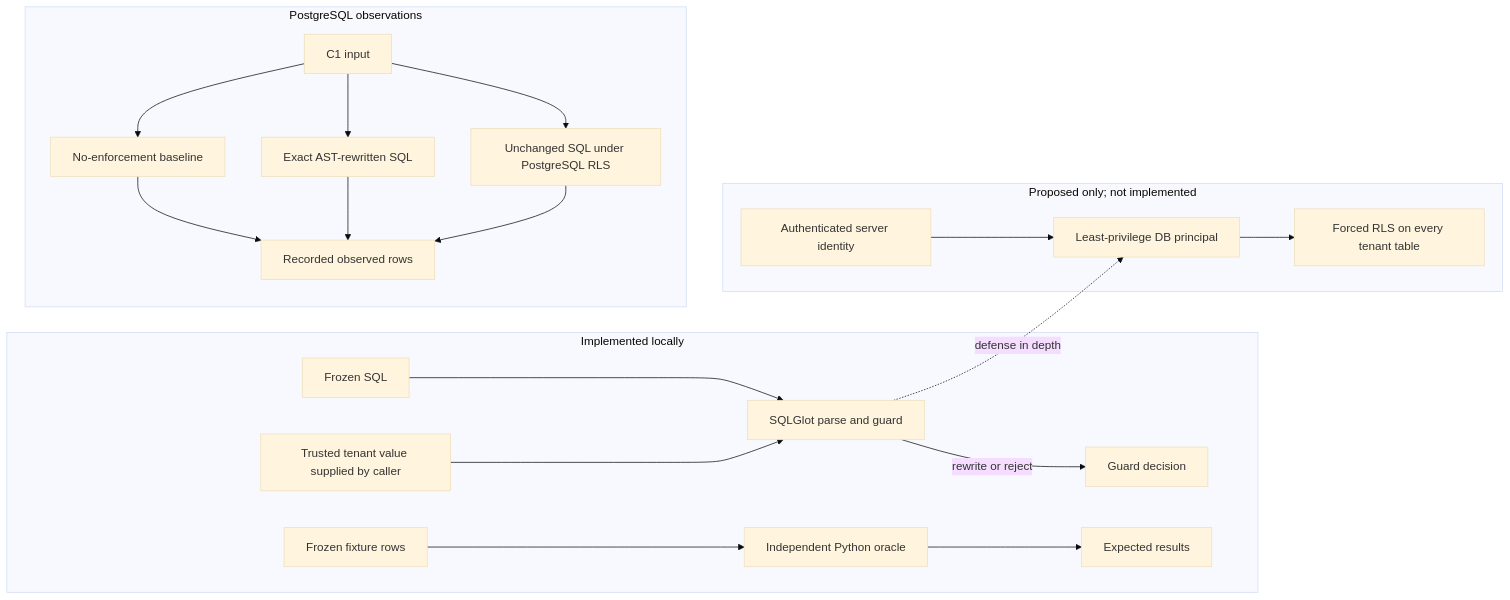
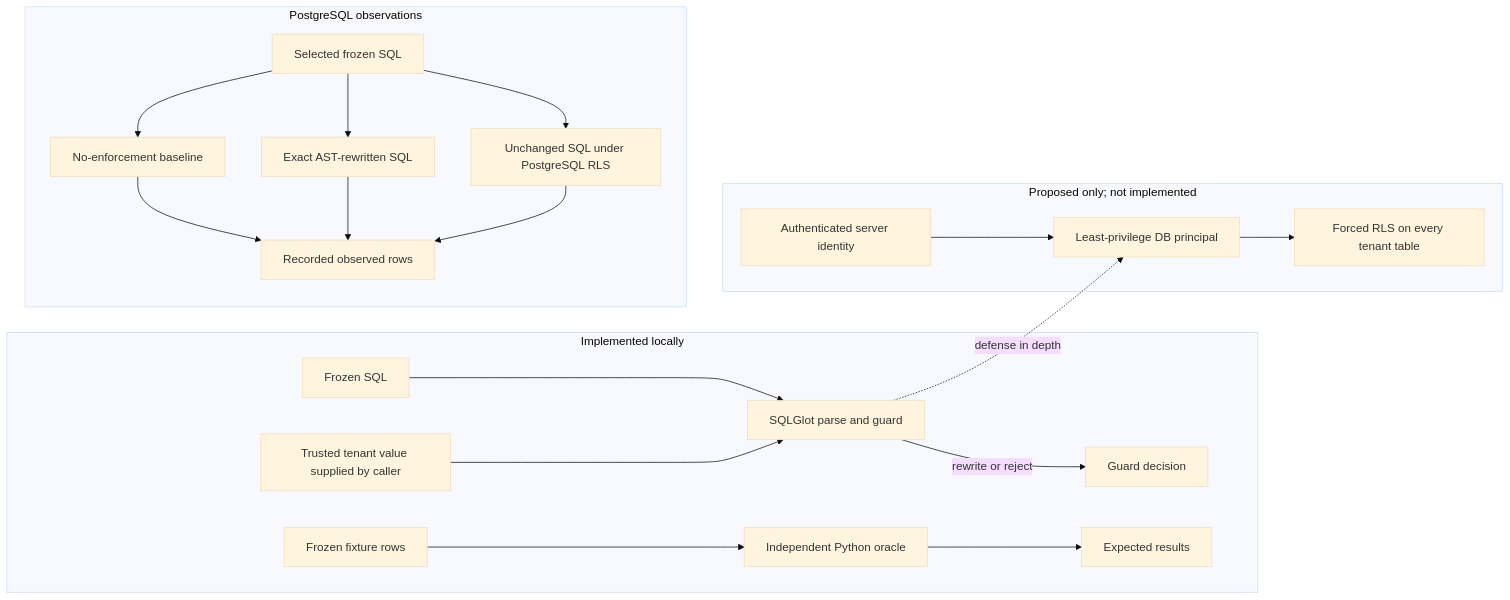
The diagram in README.md (ishaan05-pix/SQL-Tenant-Isolation), drawn with Mermaid (base theme) before and after one commit. The commit also changed other lines of this file and 9 other files, not shown here.

````diff
--- a/README.md
+++ b/README.md
@@ -9,23 +9,23 @@
 ```mermaid
 flowchart LR
   subgraph Implemented[Implemented locally]
     Q[Frozen SQL] --> G[SQLGlot parse and guard]
     T[Trusted tenant value supplied by caller] --> G
     G -->|rewrite or reject| D[Guard decision]
     F[Frozen fixture rows] --> O[Independent Python oracle]
     O --> X[Expected results]
   end
   subgraph Recorded[PostgreSQL observations]
-    C[C1 input] --> B[No-enforcement baseline]
+    C[Selected frozen SQL] --> B[No-enforcement baseline]
     C --> A[Exact AST-rewritten SQL]
     C --> R[Unchanged SQL under PostgreSQL RLS]
     B --> V[Recorded observed rows]
     A --> V
     R --> V
   end
   subgraph Proposed[Proposed only; not implemented]
     I[Authenticated server identity] --> P[Least-privilege DB principal]
     P --> RL[Forced RLS on every tenant table]
     G -. defense in depth .-> P
   end
 ```
````
